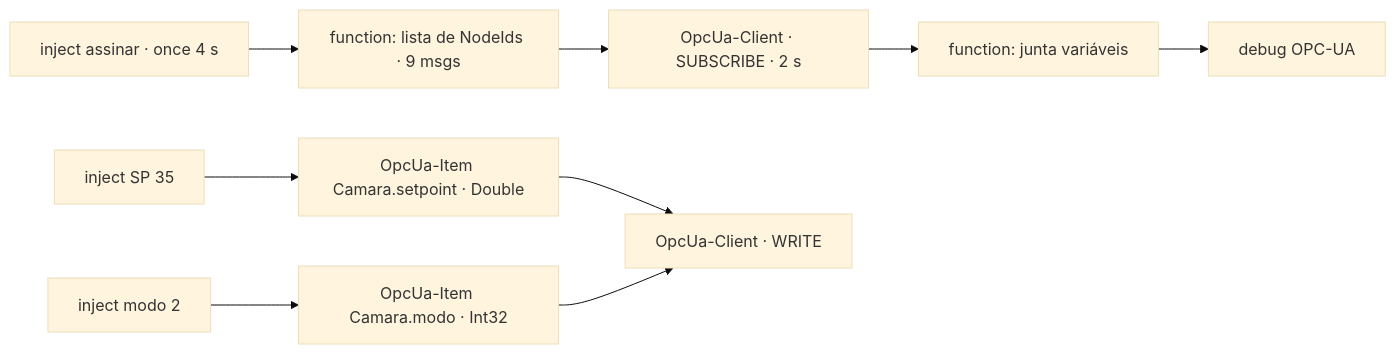
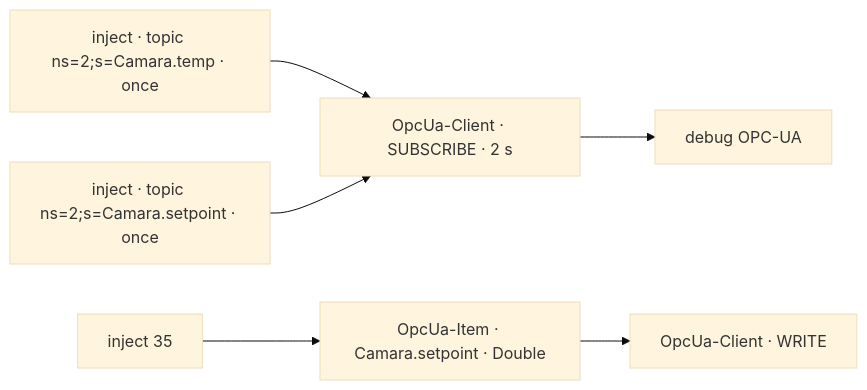
The fifth of 5 diagrams in labs-docs/LAB08.mdx (ruseleredu/iiot-docs), drawn with Mermaid (base theme) before and after one commit. The commit also changed other lines of this file, not shown here.

````diff
--- a/labs-docs/LAB08.mdx
+++ b/labs-docs/LAB08.mdx
@@ -601,7 +576,6 @@
 ```mermaid
 flowchart LR
-  I[inject assinar · once 4 s] --> L[function: lista de NodeIds · 9 msgs] --> C[OpcUa-Client · SUBSCRIBE · 2 s]
-  C --> J[function: junta variáveis] --> D[debug OPC-UA]
-  I2[inject SP 35] --> IT1[OpcUa-Item Camara.setpoint · Double] --> W[OpcUa-Client · WRITE]
-  I3[inject modo 2] --> IT2[OpcUa-Item Camara.modo · Int32] --> W
+  I1[inject · topic ns=2;s=Camara.temp · once] --> C[OpcUa-Client · SUBSCRIBE · 2 s] --> D[debug OPC-UA]
+  I2[inject · topic ns=2;s=Camara.setpoint · once] --> C
+  I3[inject 35] --> IT[OpcUa-Item · Camara.setpoint · Double] --> W[OpcUa-Client · WRITE]
 ```
````
